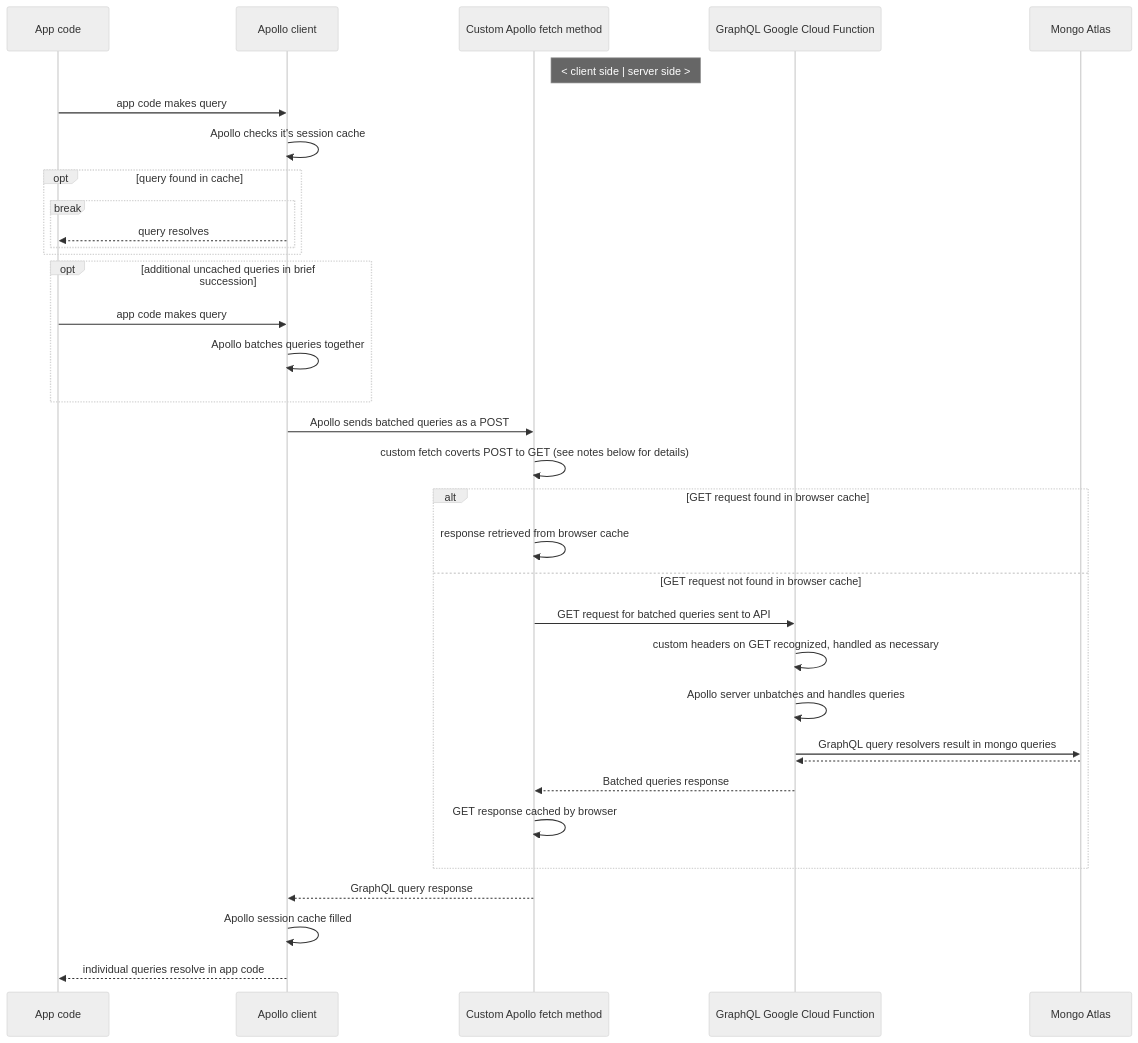
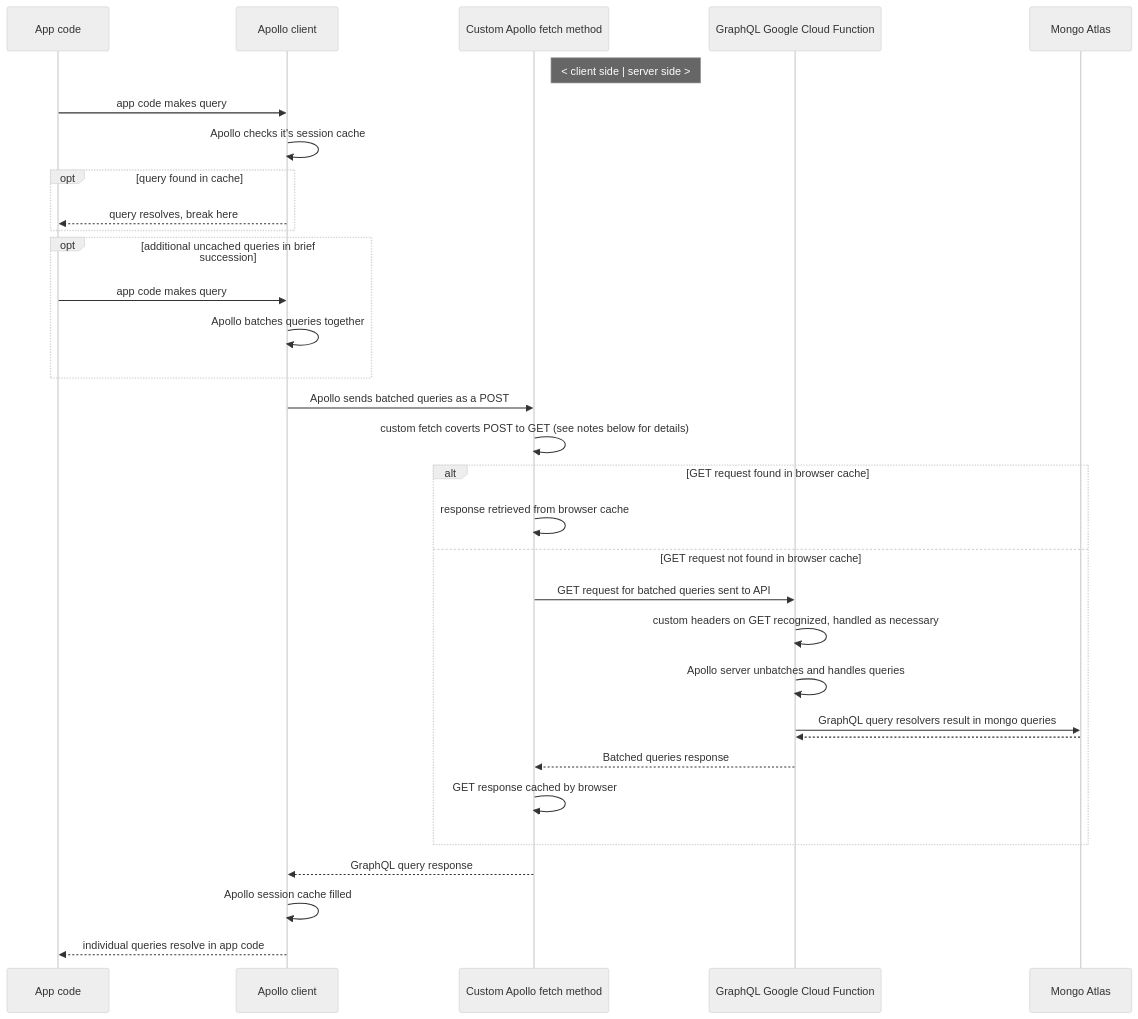
The fifth of 6 diagrams in docs/infrastructure.md (TBS-EACPD/infobase), drawn with Mermaid (neutral theme) before and after one commit. The commit also changed other lines of this file, not shown here.

Commit message:
Mermaid sequence diagram break blocks cause syntax errors on GitHub, remove them

````diff
--- a/docs/infrastructure.md
+++ b/docs/infrastructure.md
@@ -212,54 +212,52 @@
 ```mermaid
 sequenceDiagram
   participant app as App code
   participant apollo as Apollo client
   participant fetch as Custom Apollo fetch method
   participant api as GraphQL Google Cloud Function
   participant db as Mongo Atlas
 
   Note right of fetch: < client side | server side >
 
   app->>apollo: app code makes query
 
   apollo->>apollo: Apollo checks it's session cache
 
   opt query found in cache
-    break
-      apollo-->>app: query resolves
-    end
+    apollo-->>app: query resolves, break here
   end
 
   opt additional uncached queries in brief succession
     app->>apollo: app code makes query
 
     apollo->>apollo: Apollo batches queries together
   end
 
   apollo->>fetch: Apollo sends batched queries as a POST
 
   fetch->>fetch: custom fetch coverts POST to GET (see notes below for details)
 
   alt GET request found in browser cache
     fetch->>fetch: response retrieved from browser cache
 
   else GET request not found in browser cache
     fetch->>api: GET request for batched queries sent to API
 
     api->>api: custom headers on GET recognized, handled as necessary
 
     api->>api: Apollo server unbatches and handles queries
 
     api->>db: GraphQL query resolvers result in mongo queries
     db-->>api: #%20;
 
     api-->>fetch: Batched queries response
 
     fetch->>fetch: GET response cached by browser
   end
 
   fetch-->>apollo: GraphQL query response
 
   apollo->>apollo: Apollo session cache filled
 
   apollo-->>app: individual queries resolve in app code
 ```
````
